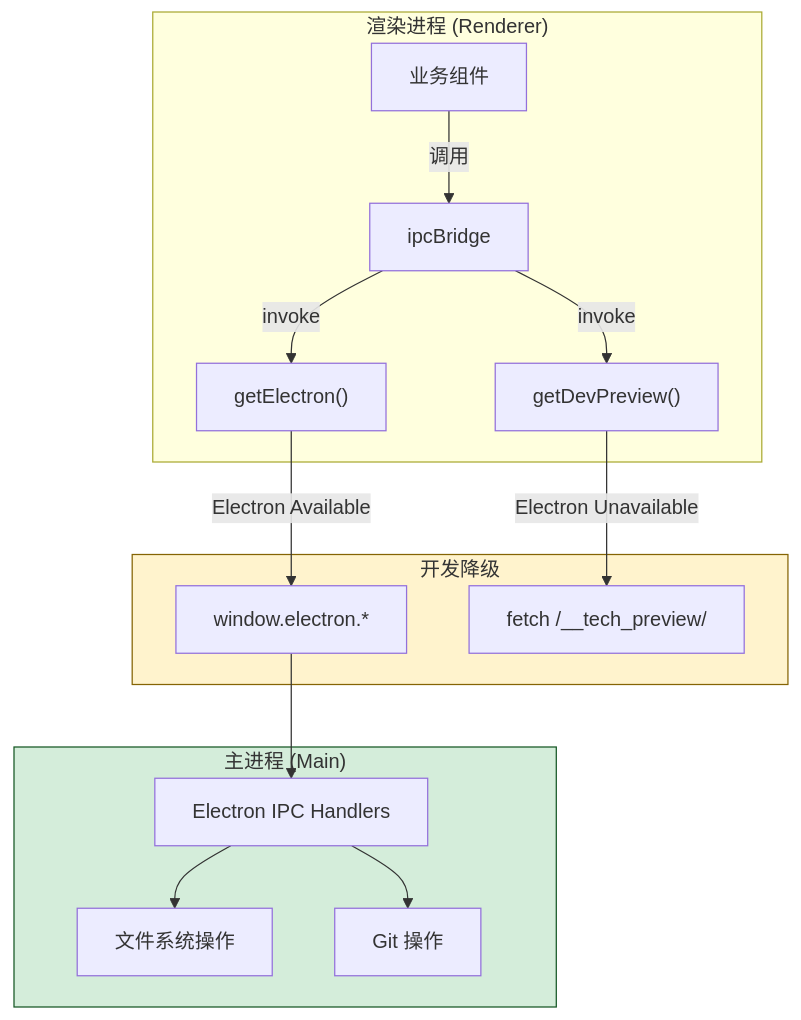
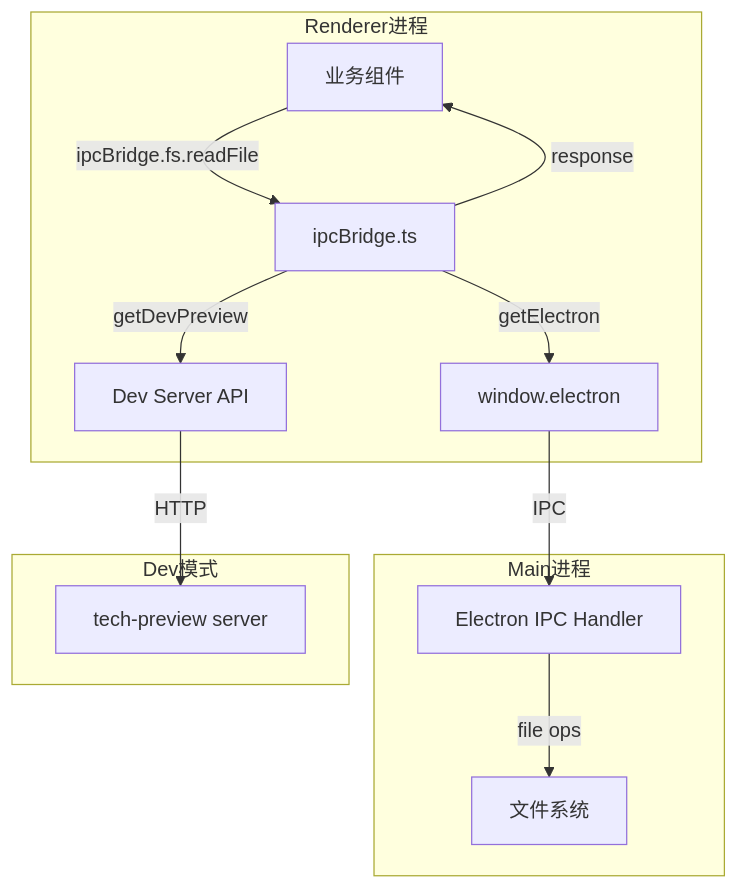
Before and after one commit to lst016/tech-cc-hub: the diagram in .tech/repowiki/zh/content/核心模块规格/Common总览.md, drawn with Mermaid. The commit also changed other lines of this file and 176 other files, not shown here.

````diff
--- a/.tech/repowiki/zh/content/核心模块规格/Common总览.md
+++ b/.tech/repowiki/zh/content/核心模块规格/Common总览.md
@@ -79,22 +101,19 @@
 ```mermaid
 flowchart TD
-    subgraph Renderer["渲染进程 (Renderer)"]
-        A["业务组件"] -->|调用| B["ipcBridge"]
-        B -->|invoke| C["getElectron()"]
-        B -->|invoke| D["getDevPreview()"]
+    subgraph Renderer进程
+        A[业务组件] -->|ipcBridge.fs.readFile| B[ipcBridge.ts]
+        B -->|getElectron| C[window.electron]
+        B -->|getDevPreview| D[Dev Server API]
     end
-    
-    subgraph Fallback["开发降级"]
-        C -->|Electron Available| E["window.electron.*"]
-        D -->|Electron Unavailable| F["fetch /__tech_preview/"]
+
+    subgraph Main进程
+        C -->|IPC| E[Electron IPC Handler]
+        E -->|file ops| F[文件系统]
     end
-    
-    subgraph Main["主进程 (Main)"]
-        E --> G["Electron IPC Handlers"]
-        G --> H["文件系统操作"]
-        G --> I["Git 操作"]
+
+    subgraph Dev模式
+        D -->|HTTP| G[tech-preview server]
     end
-    
-    style Fallback fill:#fff3cd,stroke:#856404
-    style Main fill:#d4edda,stroke:#155724
+
+    B -->|response| A
 ```
````
